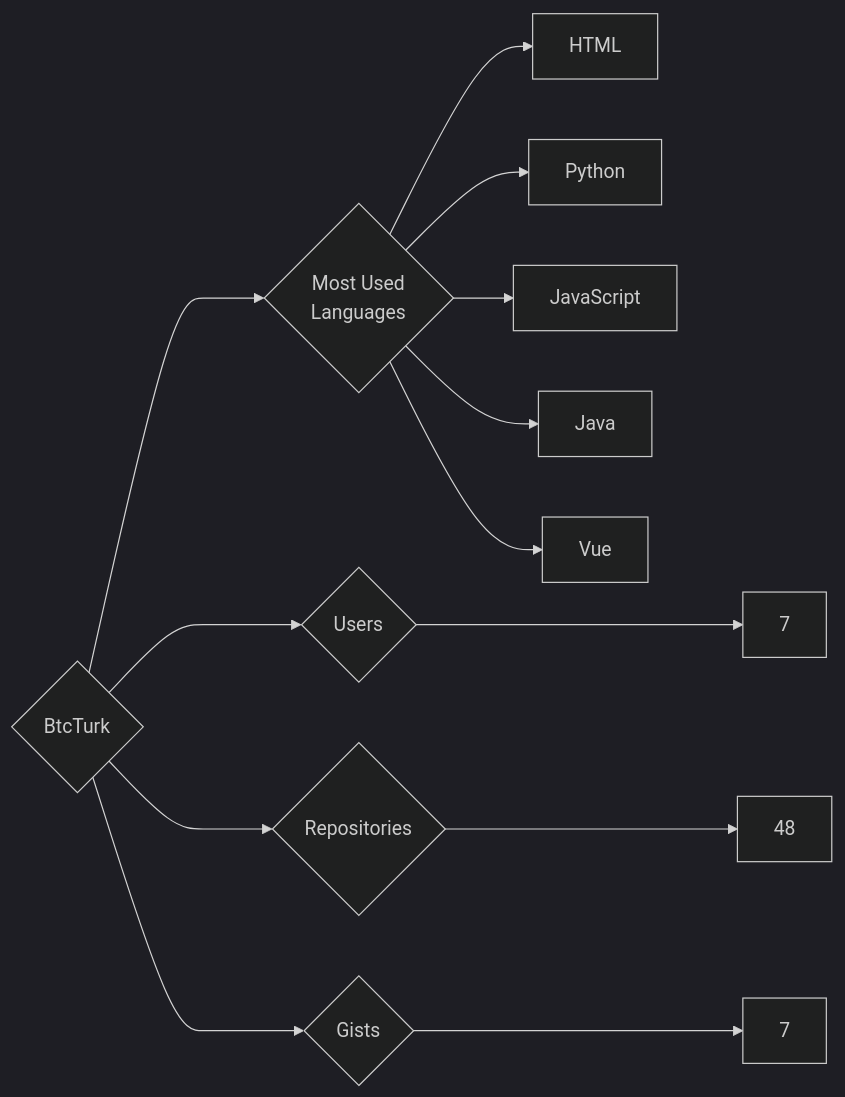
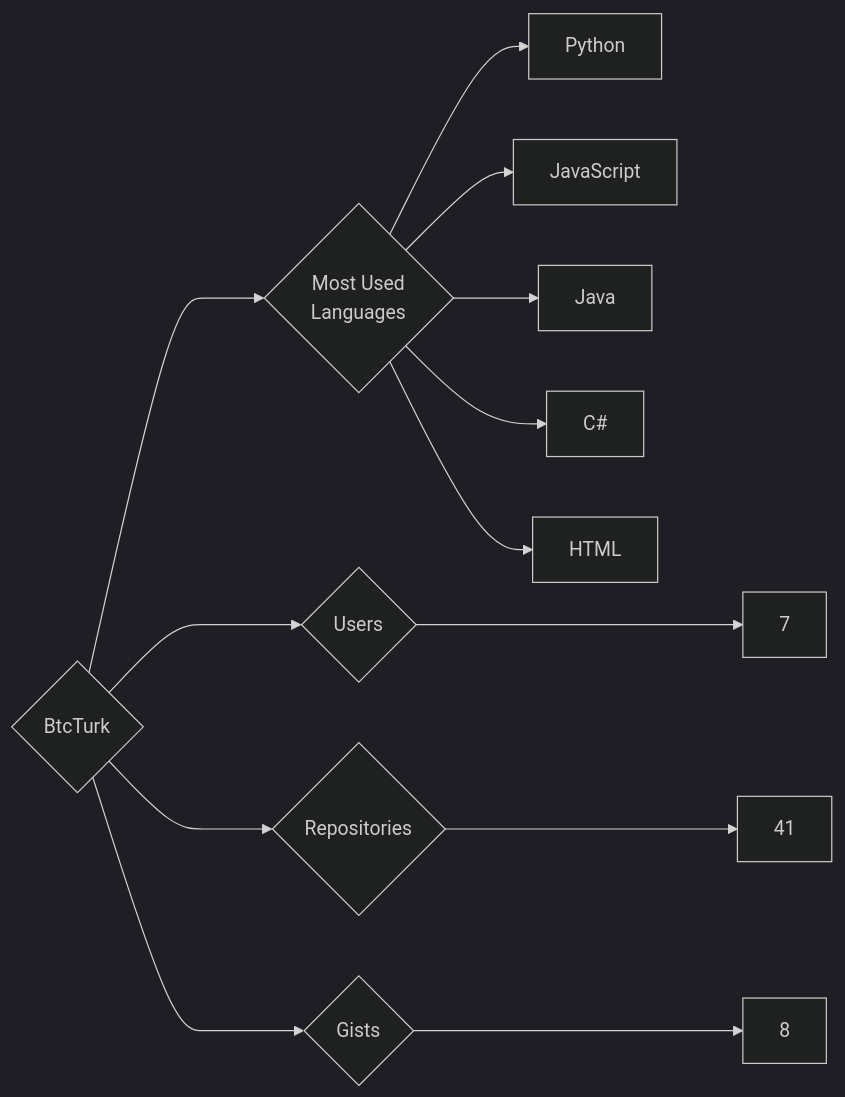
One commit to trickest/insiders changed the diagram in targets/BtcTurk/README.md. Above: the diagram before and after it, drawn with Mermaid (dark theme). The commit also changed 934 other files, not shown here.

````diff
--- a/targets/BtcTurk/README.md
+++ b/targets/BtcTurk/README.md
@@ -3,13 +3,13 @@
 ```mermaid
 graph LR
 COMPANY_NAME{BtcTurk}
 COMPANY_NAME ---> U{Users} ---> UN[7]
-COMPANY_NAME ---> R{Repositories} ---> RN[48]
-COMPANY_NAME ---> G{Gists} ---> GN[7]
+COMPANY_NAME ---> R{Repositories} ---> RN[41]
+COMPANY_NAME ---> G{Gists} ---> GN[8]
 COMPANY_NAME ---> ML{Most Used<br>Languages}
-ML --> HTML[HTML]
 ML --> Python[Python]
 ML --> JavaScript[JavaScript]
 ML --> Java[Java]
-ML --> Vue[Vue]
+ML --> C#[C#]
+ML --> HTML[HTML]
 ```
````
